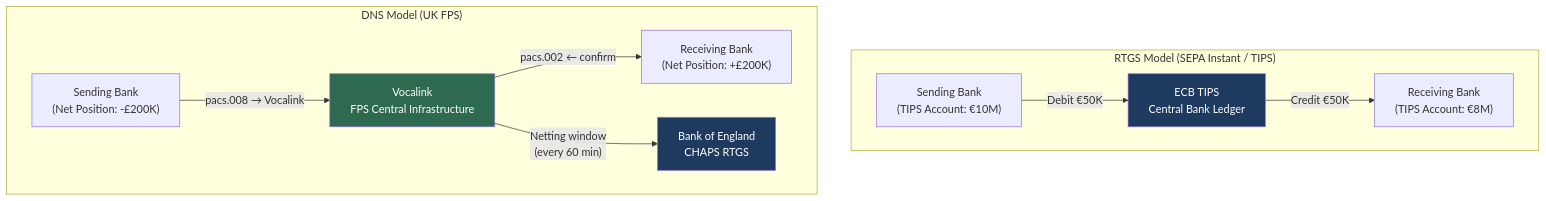
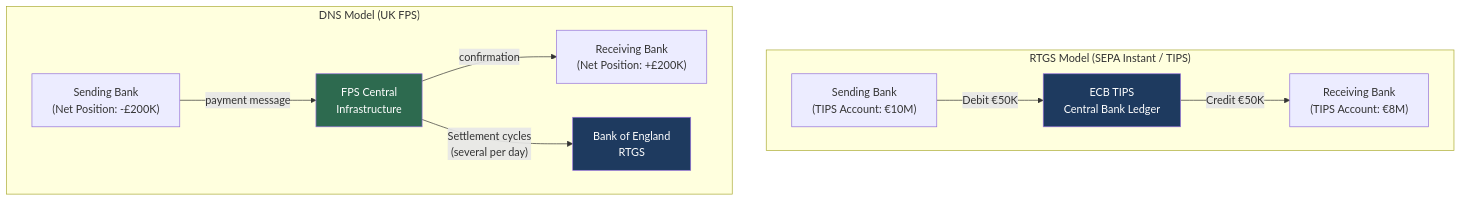
One commit to mostafasroor1983/fintech-engineering-mastery changed the second of 3 diagrams in docs/content/tracks/track-04-banking-systems/lesson-08-real-time-payments/index.md. Above: the diagram before and after it, drawn with Mermaid. The commit also changed other lines of this file and 345 other files, not shown here.

````diff
--- a/docs/content/tracks/track-04-banking-systems/lesson-08-real-time-payments/index.md
+++ b/docs/content/tracks/track-04-banking-systems/lesson-08-real-time-payments/index.md
@@ -127,17 +129,17 @@
 ```mermaid
 graph TB
     subgraph "RTGS Model (SEPA Instant / TIPS)"
         S1["Sending Bank\n(TIPS Account: €10M)"] -->|"Debit €50K"| TIPS["ECB TIPS\nCentral Bank Ledger"]
         TIPS -->|"Credit €50K"| R1["Receiving Bank\n(TIPS Account: €8M)"]
     end
 
     subgraph "DNS Model (UK FPS)"
-        S2["Sending Bank\n(Net Position: -£200K)"] -->|"pacs.008 → Vocalink"| VL["Vocalink\nFPS Central Infrastructure"]
-        VL -->|"pacs.002 ← confirm"| R2["Receiving Bank\n(Net Position: +£200K)"]
-        VL -->|"Netting window\n(every 60 min)"| CHAPS["Bank of England\nCHAPS RTGS"]
+        S2["Sending Bank\n(Net Position: -£200K)"] -->|"payment message"| VL["FPS Central\nInfrastructure"]
+        VL -->|"confirmation"| R2["Receiving Bank\n(Net Position: +£200K)"]
+        VL -->|"Settlement cycles\n(several per day)"| CHAPS["Bank of England\nRTGS"]
     end
 
     style TIPS fill:#1e3a5f,color:#fff
     style CHAPS fill:#1e3a5f,color:#fff
     style VL fill:#2d6a4f,color:#fff
 ```
````
